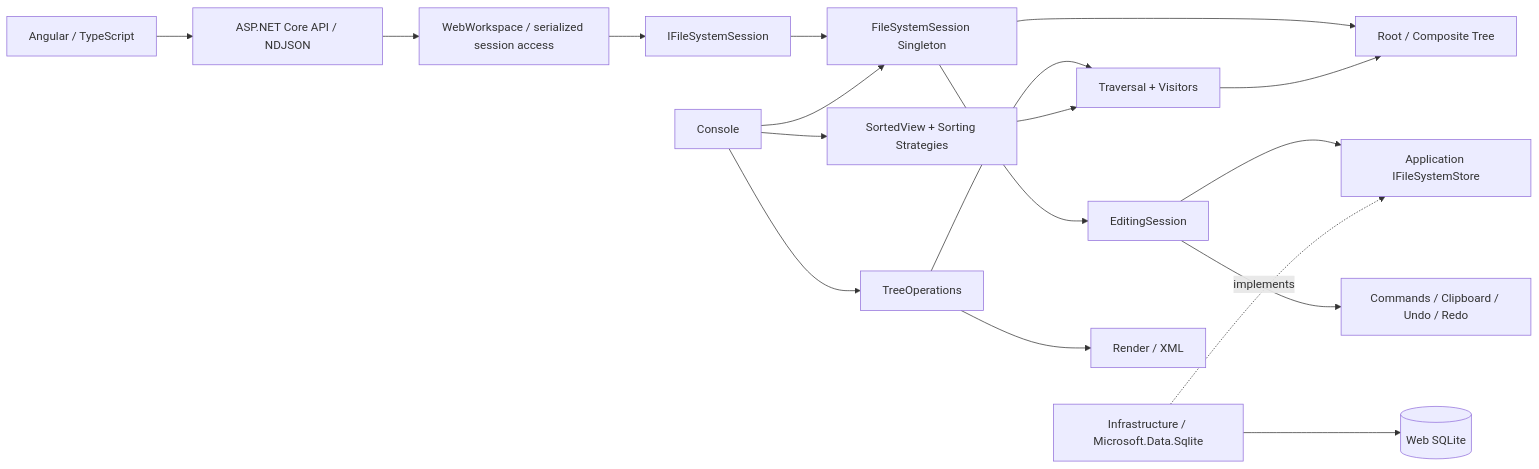
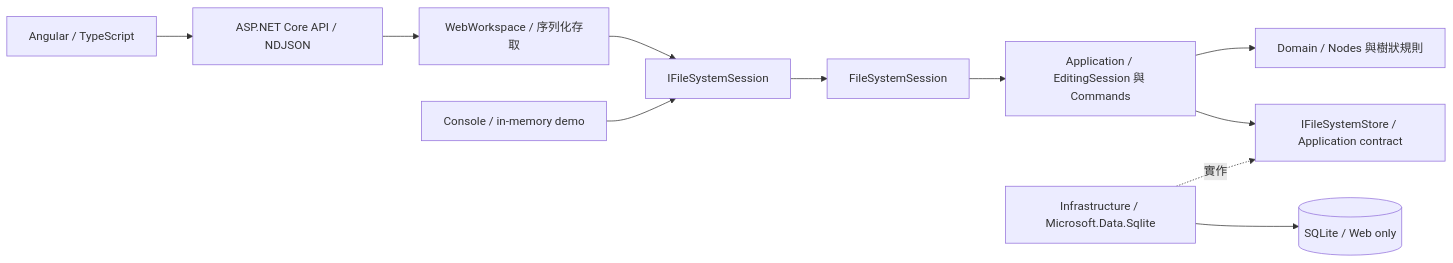
One commit to Juyunho/CloudFileManager changed the diagram in README.md. Above: the diagram before and after it, drawn with Mermaid. The commit also changed other lines of this file, not shown here.

````diff
--- a/README.md
+++ b/README.md
@@ -41,19 +32,13 @@
 ```mermaid
 flowchart LR
-    A[Angular / TypeScript] --> API[ASP.NET Core API / NDJSON]
-    API --> W[WebWorkspace / serialized session access]
-    W --> I[IFileSystemSession] --> S[FileSystemSession Singleton]
-    C[Console] --> S[FileSystemSession Singleton]
-    S --> R[Root / Composite Tree]
-    S --> E[EditingSession]
-    E --> P[Application IFileSystemStore]
-    DB[Infrastructure / Microsoft.Data.Sqlite] -.implements.-> P
-    DB --> SQL[(Web SQLite)]
-    E --> H[Commands / Clipboard / Undo / Redo]
-    C --> O[TreeOperations]
-    O --> V[Traversal + Visitors]
-    V --> R
-    C --> Q[SortedView + Sorting Strategies]
-    Q --> V
-    O --> X[Render / XML]
+    UI[Angular / TypeScript] --> API[ASP.NET Core API / NDJSON]
+    API --> W[WebWorkspace / 序列化存取]
+    W --> I[IFileSystemSession]
+    C[Console / in-memory demo] --> I
+    I --> S[FileSystemSession]
+    S --> E[Application / EditingSession 與 Commands]
+    E --> D[Domain / Nodes 與樹狀規則]
+    E --> P[IFileSystemStore / Application contract]
+    SQL[Infrastructure / Microsoft.Data.Sqlite] -.實作.-> P
+    SQL --> DB[(SQLite / Web only)]
 ```
````
